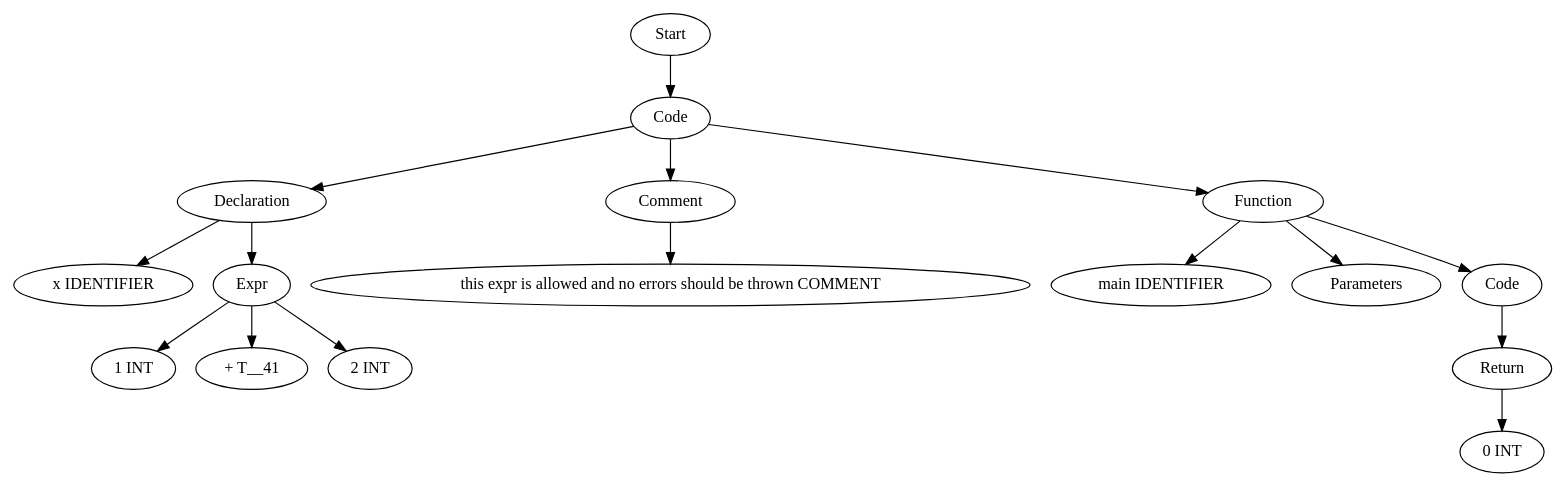
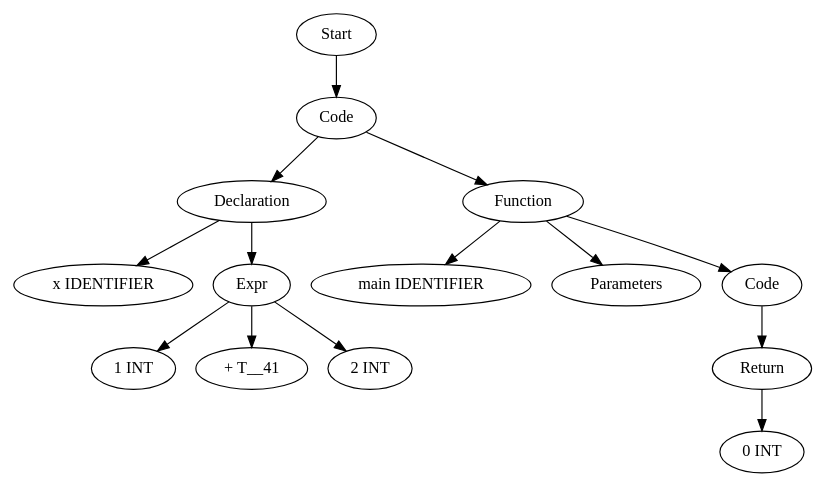
Before and after one commit to Are-you-listening/Compilers: the diagram in TestCases/ASTTests/ConstraintsTests/createTests/read_file_after.dot, drawn with Graphviz. The commit also changed 247 other files, not shown here.

```diff
--- a/TestCases/ASTTests/ConstraintsTests/createTests/read_file_after.dot
+++ b/TestCases/ASTTests/ConstraintsTests/createTests/read_file_after.dot
@@ -1,33 +1,29 @@
 digraph AST {
-  "124088454810352" [label="Start"];
-  "124088454810352" -> "124088454810160";
-  "124088454810160" [label="Code"];
-  "124088454810160" -> "124088454812224";
-  "124088454810160" -> "124088454807664";
-  "124088454810160" -> "124088454729824";
-  "124088454812224" [label="Declaration"];
-  "124088454812224" -> "124088454813280";
-  "124088454812224" -> "124088454811552";
-  "124088454813280" [label="x IDENTIFIER"];
-  "124088454811552" [label="Expr"];
-  "124088454811552" -> "124088454807760";
-  "124088454811552" -> "124088454807616";
-  "124088454811552" -> "124088454809104";
-  "124088454807760" [label="1 INT"];
-  "124088454807616" [label="+ T__41"];
-  "124088454809104" [label="2 INT"];
-  "124088454807664" [label="Comment"];
-  "124088454807664" -> "124088454734576";
-  "124088454734576" [label=" this expr is allowed and no errors should be thrown COMMENT"];
-  "124088454729824" [label="Function"];
-  "124088454729824" -> "124088454810448";
-  "124088454729824" -> "124088454810304";
-  "124088454729824" -> "124088454810880";
-  "124088454810448" [label="main IDENTIFIER"];
-  "124088454810304" [label="Parameters"];
-  "124088454810880" [label="Code"];
-  "124088454810880" -> "124088454809488";
-  "124088454809488" [label="Return"];
-  "124088454809488" -> "124088454812992";
-  "124088454812992" [label="0 INT"];
+  "131392931420464" [label="Start"];
+  "131392931420464" -> "131392931416048";
+  "131392931416048" [label="Code"];
+  "131392931416048" -> "131392931417200";
+  "131392931416048" -> "131392931420800";
+  "131392931417200" [label="Declaration"];
+  "131392931417200" -> "131392931418784";
+  "131392931417200" -> "131392931414704";
+  "131392931418784" [label="x IDENTIFIER"];
+  "131392931414704" [label="Expr"];
+  "131392931414704" -> "131392931419984";
+  "131392931414704" -> "131392931420608";
+  "131392931414704" -> "131392931420752";
+  "131392931419984" [label="1 INT"];
+  "131392931420608" [label="+ T__41"];
+  "131392931420752" [label="2 INT"];
+  "131392931420800" [label="Function"];
+  "131392931420800" -> "131392931420992";
+  "131392931420800" -> "131392931421136";
+  "131392931420800" -> "131392931421280";
+  "131392931420992" [label="main IDENTIFIER"];
+  "131392931421136" [label="Parameters"];
+  "131392931421280" [label="Code"];
+  "131392931421280" -> "131392931421472";
+  "131392931421472" [label="Return"];
+  "131392931421472" -> "131392931421664";
+  "131392931421664" [label="0 INT"];
 }
```
